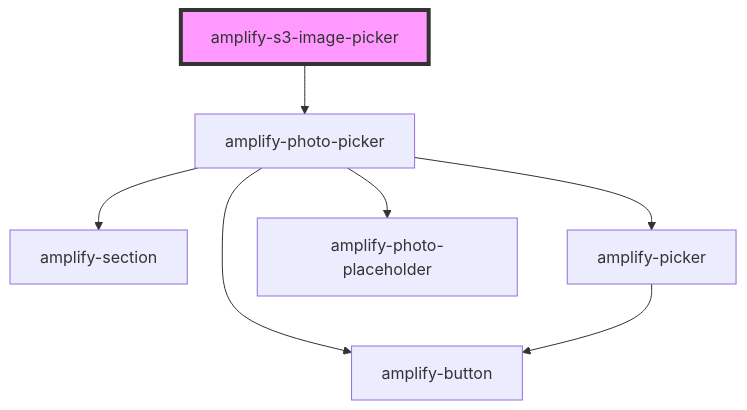
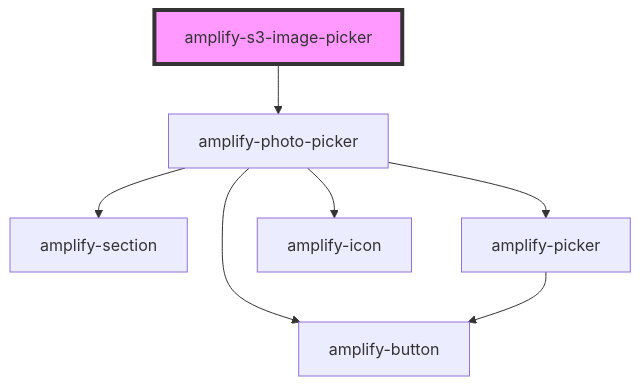
The diagram in packages/amplify-ui-components/src/components/amplify-s3-image-picker/readme.md (OneDev0411/amplify-js), drawn with Mermaid before and after one commit. The commit also changed 17 other files, not shown here.

````diff
--- a/packages/amplify-ui-components/src/components/amplify-s3-image-picker/readme.md
+++ b/packages/amplify-ui-components/src/components/amplify-s3-image-picker/readme.md
@@ -31,10 +31,10 @@
 ```mermaid
 graph TD;
   amplify-s3-image-picker --> amplify-photo-picker
   amplify-photo-picker --> amplify-section
   amplify-photo-picker --> amplify-picker
-  amplify-photo-picker --> amplify-photo-placeholder
+  amplify-photo-picker --> amplify-icon
   amplify-photo-picker --> amplify-button
   amplify-picker --> amplify-button
   style amplify-s3-image-picker fill:#f9f,stroke:#333,stroke-width:4px
 ```
````
